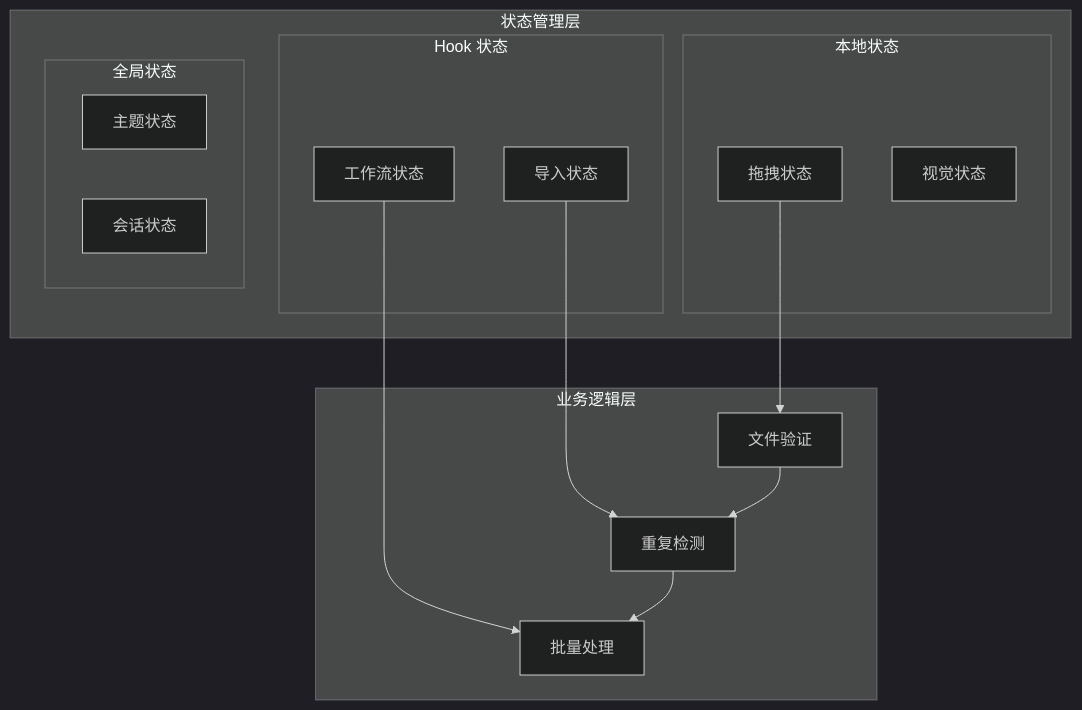
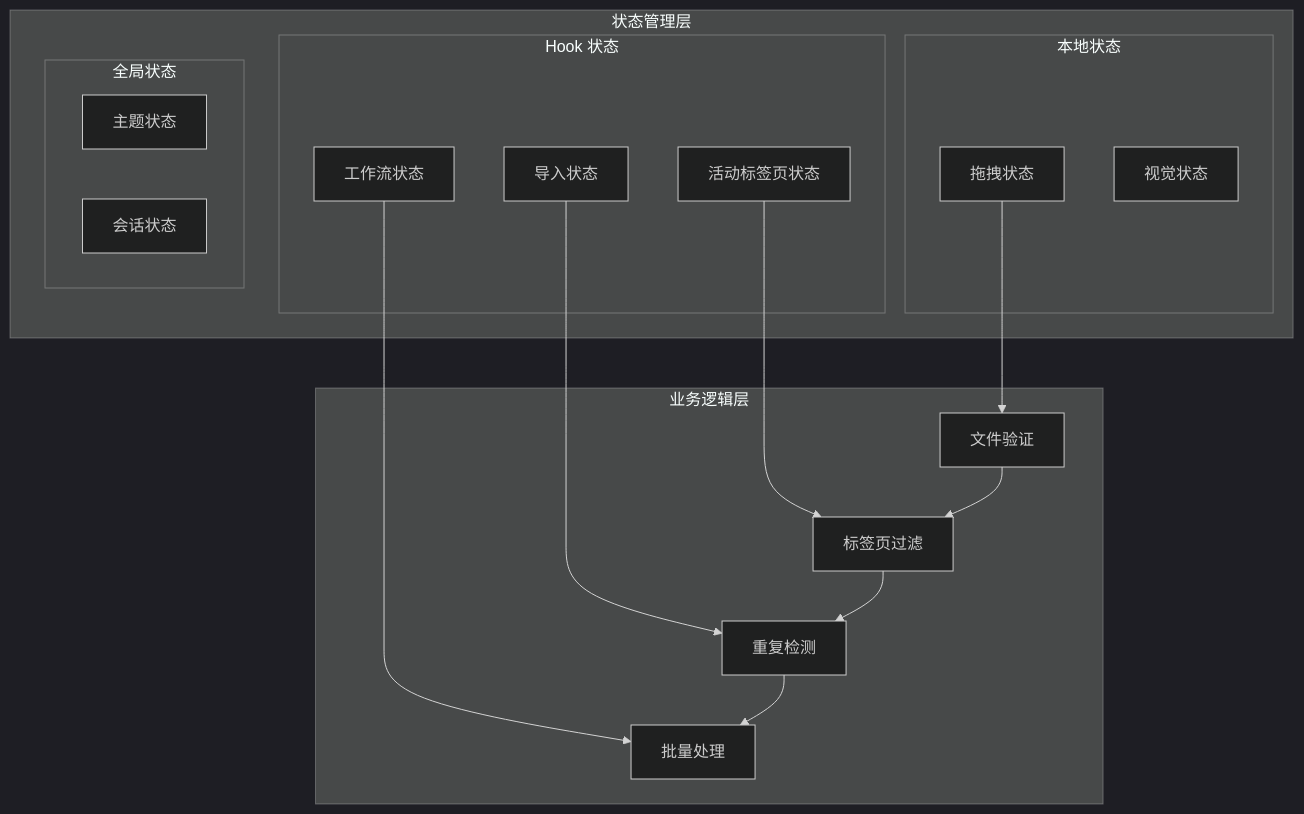
Before and after one commit to billye220670/CorineKit_Pix2Real: the third of 13 diagrams in .qoder/repowiki/zh/content/用户界面组件/核心界面组件/拖拽上传区域 (DropZone).md, drawn with Mermaid (dark theme). The commit also changed other lines of this file and 13 other files, not shown here.

````diff
--- a/.qoder/repowiki/zh/content/用户界面组件/核心界面组件/拖拽上传区域 (DropZone).md
+++ b/.qoder/repowiki/zh/content/用户界面组件/核心界面组件/拖拽上传区域 (DropZone).md
@@ -133,27 +155,31 @@
 ```mermaid
 graph TD
 subgraph "状态管理层"
 subgraph "本地状态"
 DS[拖拽状态]
 VS[视觉状态]
 end
 subgraph "Hook 状态"
 IS[导入状态]
 WS[工作流状态]
+ATS[活动标签页状态]
 end
 subgraph "全局状态"
 TS[主题状态]
 SS[会话状态]
 end
 end
 subgraph "业务逻辑层"
 VF[文件验证]
+TF[标签页过滤]
 RF[重复检测]
 BF[批量处理]
 end
 DS --> VF
 IS --> RF
 WS --> BF
-VF --> RF
+ATS --> TF
+VF --> TF
+TF --> RF
 RF --> BF
 ```
````
